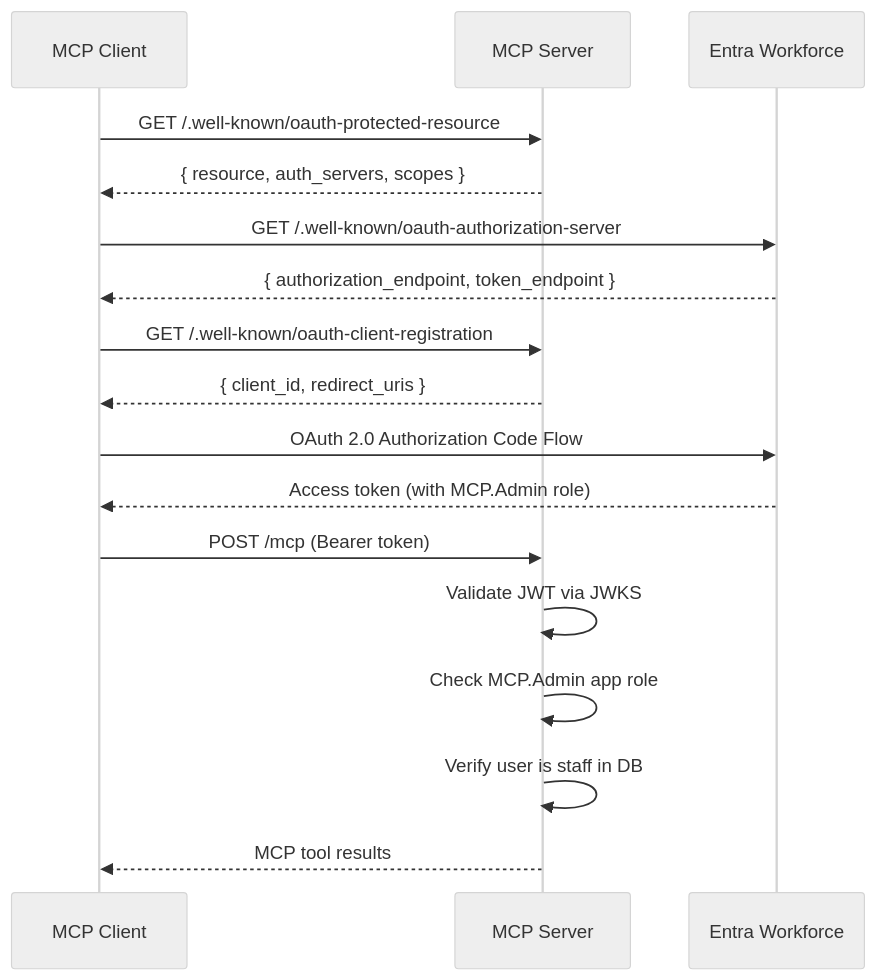
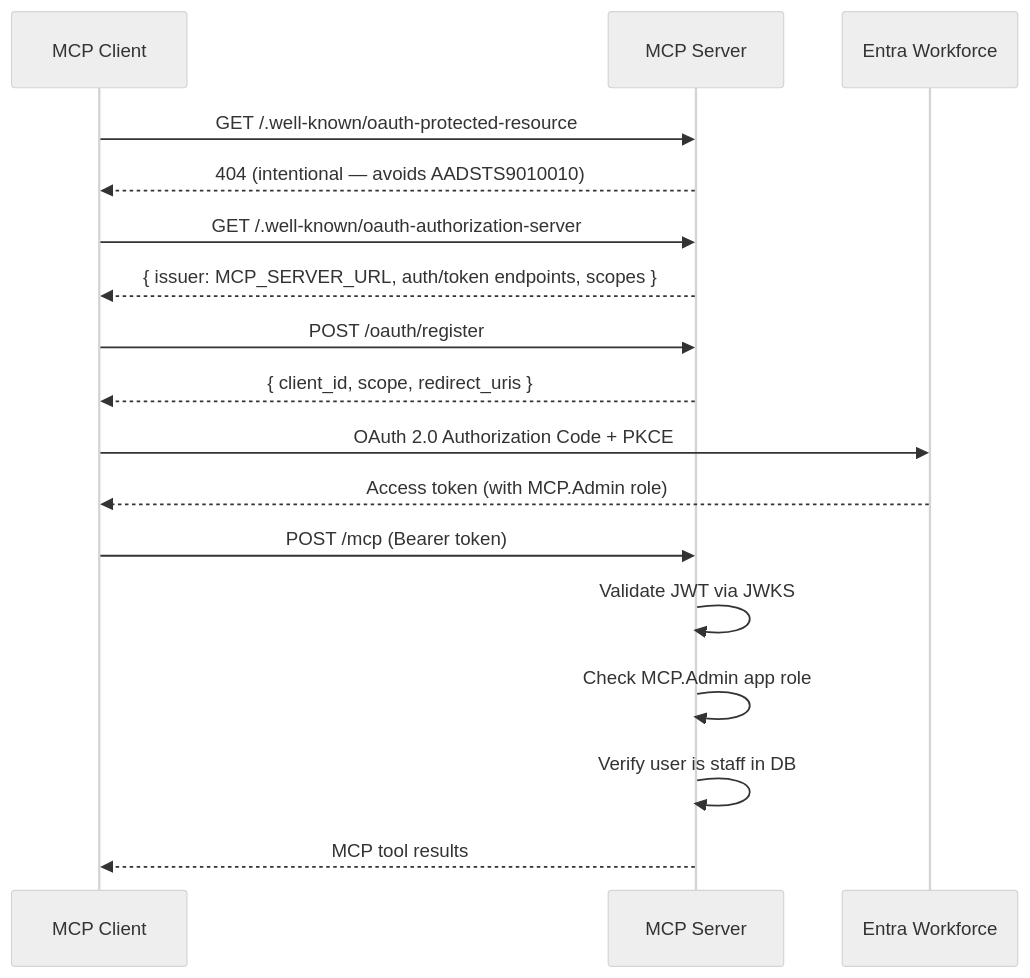
One commit to Mojo-Up/mju-customerportal-bootstrap changed the second of 2 diagrams in docs/mcp-server.md. Above: the diagram before and after it, drawn with Mermaid (neutral theme). The commit also changed other lines of this file and 37 other files, not shown here.

````diff
--- a/docs/mcp-server.md
+++ b/docs/mcp-server.md
@@ -56,24 +58,24 @@
 ```mermaid
 sequenceDiagram
     participant Client as MCP Client
     participant MCP as MCP Server
     participant Entra as Entra Workforce
 
     Client->>MCP: GET /.well-known/oauth-protected-resource
-    MCP-->>Client: { resource, auth_servers, scopes }
+    MCP-->>Client: 404 (intentional — avoids AADSTS9010010)
 
-    Client->>Entra: GET /.well-known/oauth-authorization-server
-    Entra-->>Client: { authorization_endpoint, token_endpoint }
+    Client->>MCP: GET /.well-known/oauth-authorization-server
+    MCP-->>Client: { issuer: MCP_SERVER_URL, auth/token endpoints, scopes }
 
-    Client->>MCP: GET /.well-known/oauth-client-registration
-    MCP-->>Client: { client_id, redirect_uris }
+    Client->>MCP: POST /oauth/register
+    MCP-->>Client: { client_id, scope, redirect_uris }
 
-    Client->>Entra: OAuth 2.0 Authorization Code Flow
+    Client->>Entra: OAuth 2.0 Authorization Code + PKCE
     Entra-->>Client: Access token (with MCP.Admin role)
 
     Client->>MCP: POST /mcp (Bearer token)
     MCP->>MCP: Validate JWT via JWKS
     MCP->>MCP: Check MCP.Admin app role
     MCP->>MCP: Verify user is staff in DB
     MCP-->>Client: MCP tool results
 ```
````
